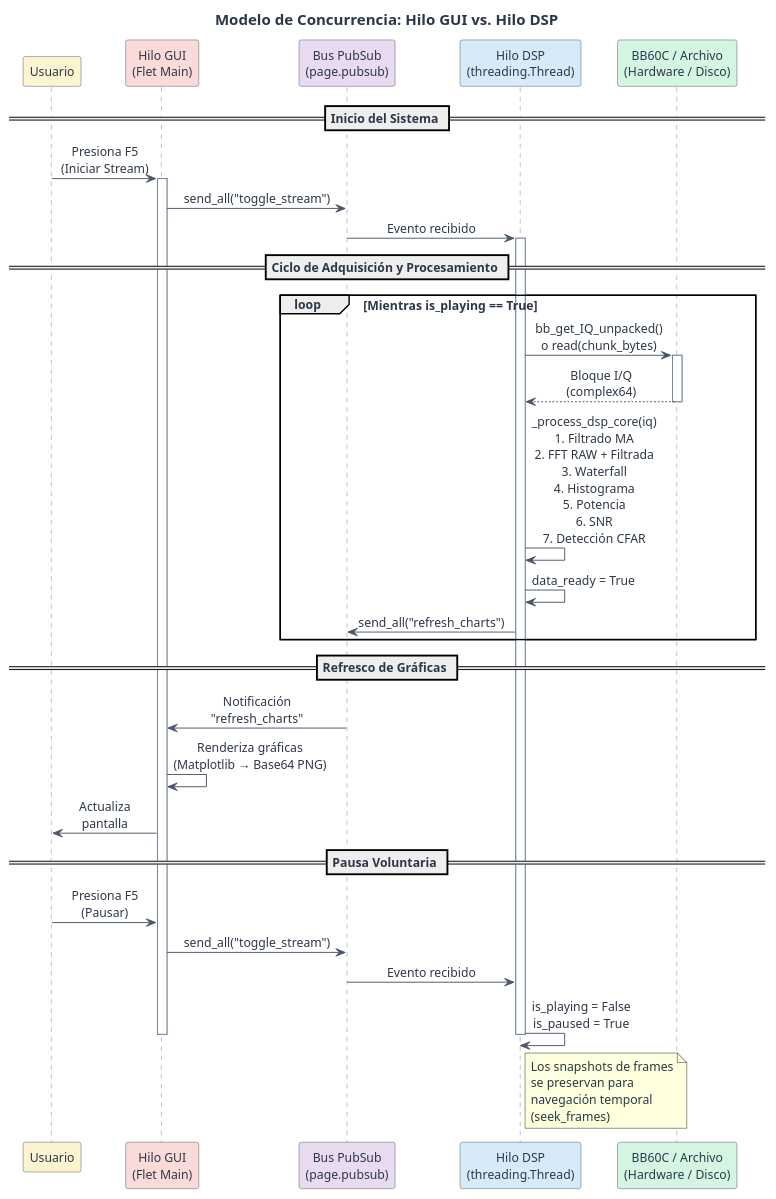
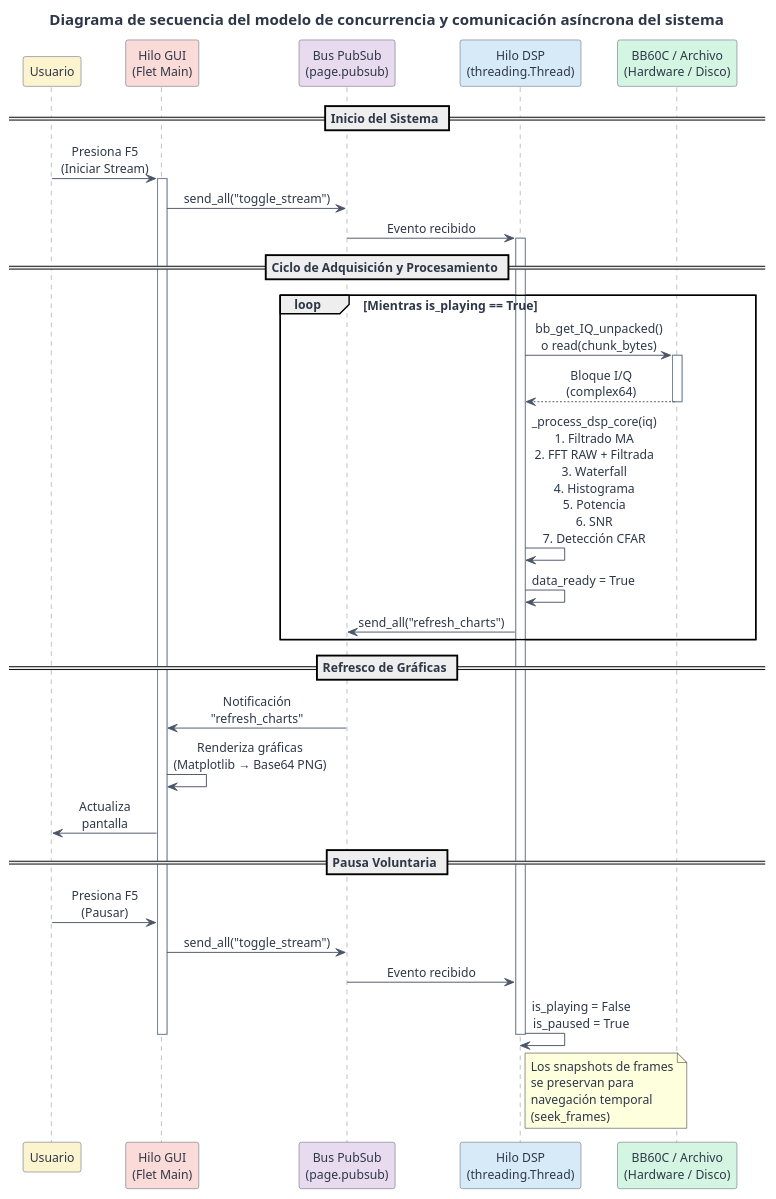
The diagram in docs/fig13_concurrencia.puml (guitarra155/uic_radiotelescopio), drawn with PlantUML before and after one commit. The commit also changed 17 other files, not shown here.

Commit message:
docs: add project documentation, architecture diagrams, and initial core configuration settings

```diff
--- a/docs/fig13_concurrencia.puml
+++ b/docs/fig13_concurrencia.puml
@@ -1,74 +1,74 @@
 @startuml fig13_concurrencia
 
 ' Configuración de página A4
 skinparam BackgroundColor #FFFFFF
 skinparam DefaultFontSize 13
 skinparam DefaultFontColor #2D3748
 skinparam TitleFontSize 16
 skinparam SequenceLifeLineBorderColor #718096
 skinparam SequenceArrowColor #4A5568
 skinparam SequenceParticipantBorderColor #4A5568
 
 skinparam participant {
     FontSize 13
     Padding 10
 }
 
 skinparam sequence {
     MessageAlignment center
 }
 
-title Modelo de Concurrencia: Hilo GUI vs. Hilo DSP
+title Diagrama de secuencia del modelo de concurrencia y comunicación asíncrona del sistema
 
 participant "Usuario" as USR #FCF3CF
 participant "Hilo GUI\n(Flet Main)" as GUI #FADBD8
 participant "Bus PubSub\n(page.pubsub)" as BUS #E8DAEF
 participant "Hilo DSP\n(threading.Thread)" as DSP #D6EAF8
 participant "BB60C / Archivo\n(Hardware / Disco)" as HW #D5F5E3
 
 == Inicio del Sistema ==
 
 USR -> GUI : Presiona F5\n(Iniciar Stream)
 activate GUI
 GUI -> BUS : send_all("toggle_stream")
 BUS -> DSP : Evento recibido
 activate DSP
 
 == Ciclo de Adquisición y Procesamiento ==
 
 loop Mientras is_playing == True
     DSP -> HW : bb_get_IQ_unpacked()\no read(chunk_bytes)
     activate HW
     HW --> DSP : Bloque I/Q\n(complex64)
     deactivate HW
     
     DSP -> DSP : _process_dsp_core(iq)\n1. Filtrado MA\n2. FFT RAW + Filtrada\n3. Waterfall\n4. Histograma\n5. Potencia\n6. SNR\n7. Detección CFAR
     
     DSP -> DSP : data_ready = True
     DSP -> BUS : send_all("refresh_charts")
 end
 
 == Refresco de Gráficas ==
 
 BUS -> GUI : Notificación\n"refresh_charts"
 GUI -> GUI : Renderiza gráficas\n(Matplotlib → Base64 PNG)
 GUI -> USR : Actualiza\npantalla
 
 == Pausa Voluntaria ==
 
 USR -> GUI : Presiona F5\n(Pausar)
 GUI -> BUS : send_all("toggle_stream")
 BUS -> DSP : Evento recibido
 DSP -> DSP : is_playing = False\nis_paused = True
 deactivate DSP
 
 note right of DSP
     Los snapshots de frames
     se preservan para
     navegación temporal
     (seek_frames)
 end note
 
 deactivate GUI
 
 @enduml
```
